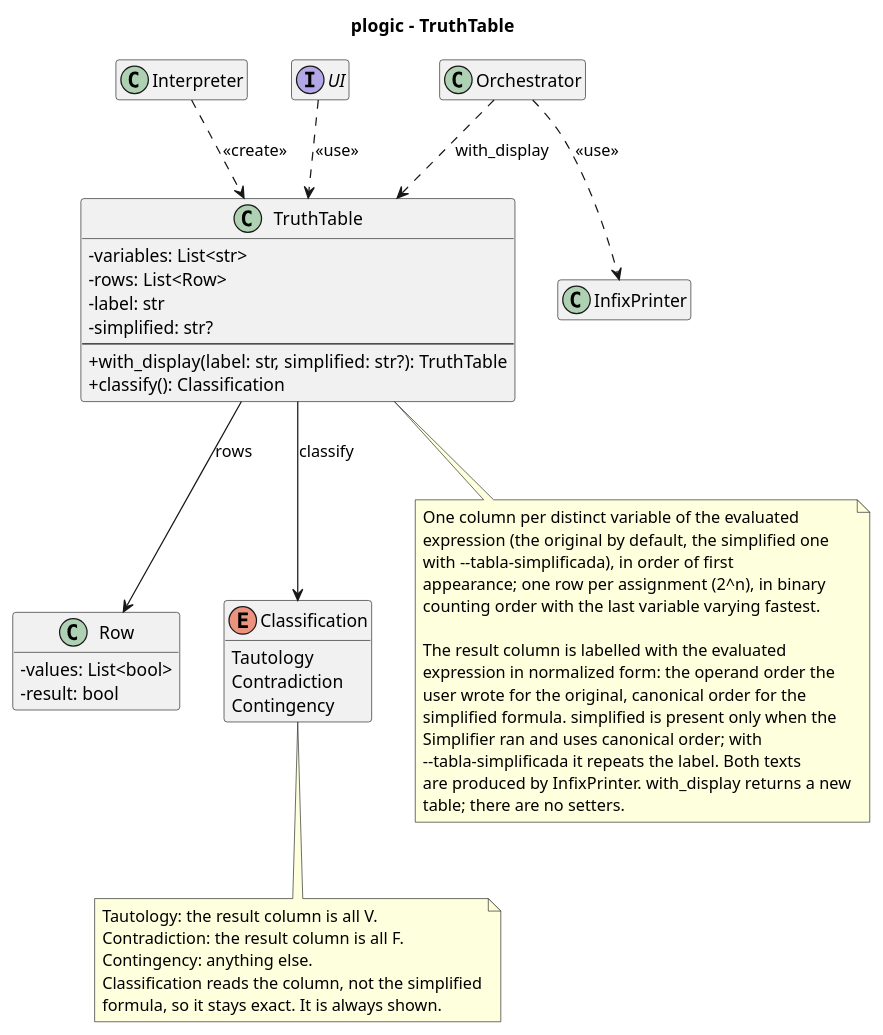
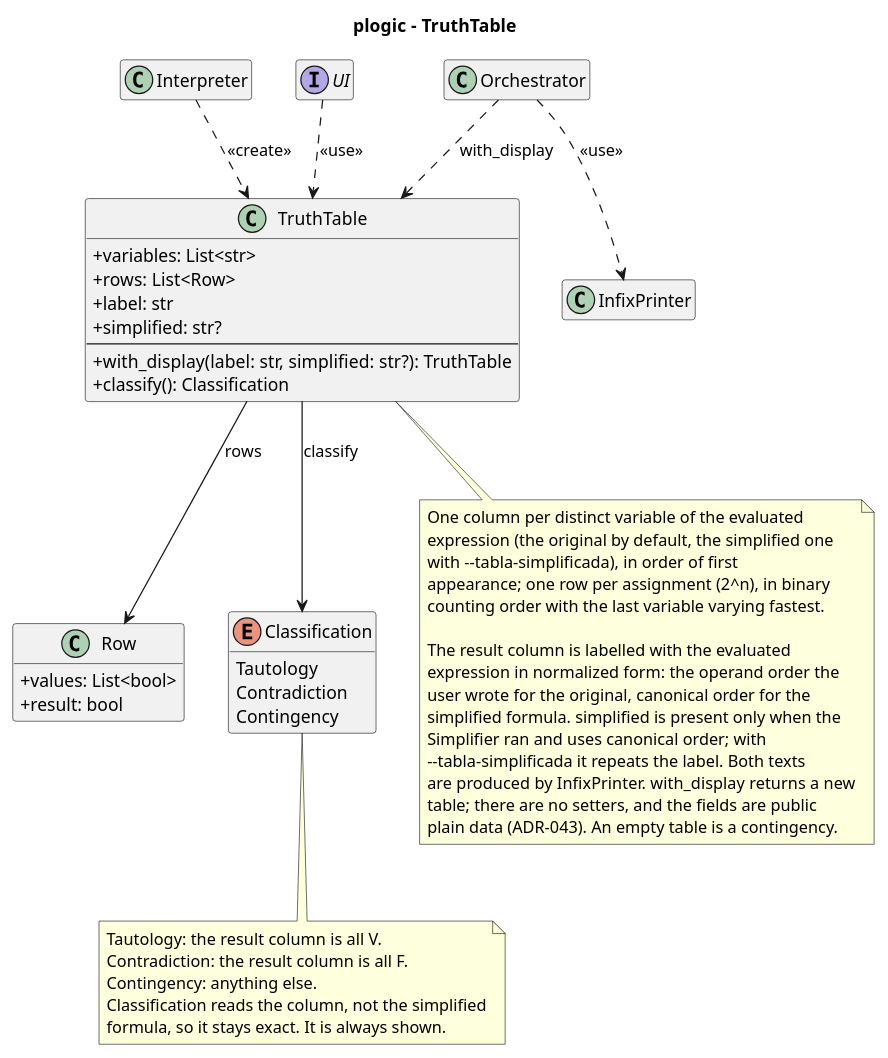
One commit to Josgtg/plogic changed the diagram in design/diagrams/truth_table_class.puml. Above: the diagram before and after it, drawn with PlantUML. The commit also changed 6 other files, not shown here.

```diff
--- a/design/diagrams/truth_table_class.puml
+++ b/design/diagrams/truth_table_class.puml
@@ -1,68 +1,69 @@
 @startuml truth_table_class
 title plogic - TruthTable
 
 skinparam classAttributeIconSize 0
 hide empty members
 
 class Interpreter
 
 class TruthTable {
-  -variables: List<str>
-  -rows: List<Row>
-  -label: str
-  -simplified: str?
+  +variables: List<str>
+  +rows: List<Row>
+  +label: str
+  +simplified: str?
   --
   +with_display(label: str, simplified: str?): TruthTable
   +classify(): Classification
 }
 
 class Row {
-  -values: List<bool>
-  -result: bool
+  +values: List<bool>
+  +result: bool
 }
 
 enum Classification {
   Tautology
   Contradiction
   Contingency
 }
 
 class InfixPrinter
 
 class Orchestrator
 
 interface UI
 
 note bottom of TruthTable
   One column per distinct variable of the evaluated
   expression (the original by default, the simplified one
   with --tabla-simplificada), in order of first
   appearance; one row per assignment (2^n), in binary
   counting order with the last variable varying fastest.
 
   The result column is labelled with the evaluated
   expression in normalized form: the operand order the
   user wrote for the original, canonical order for the
   simplified formula. simplified is present only when the
   Simplifier ran and uses canonical order; with
   --tabla-simplificada it repeats the label. Both texts
   are produced by InfixPrinter. with_display returns a new
-  table; there are no setters.
+  table; there are no setters, and the fields are public
+  plain data (ADR-043). An empty table is a contingency.
 end note
 
 note bottom of Classification
   Tautology: the result column is all V.
   Contradiction: the result column is all F.
   Contingency: anything else.
   Classification reads the column, not the simplified
   formula, so it stays exact. It is always shown.
 end note
 
 Interpreter ..> TruthTable : <<create>>
 TruthTable --> Row : rows
 TruthTable --> Classification : classify
 Orchestrator ..> TruthTable : with_display
 Orchestrator ..> InfixPrinter : <<use>>
 UI ..> TruthTable : <<use>>
 
 @enduml
```
